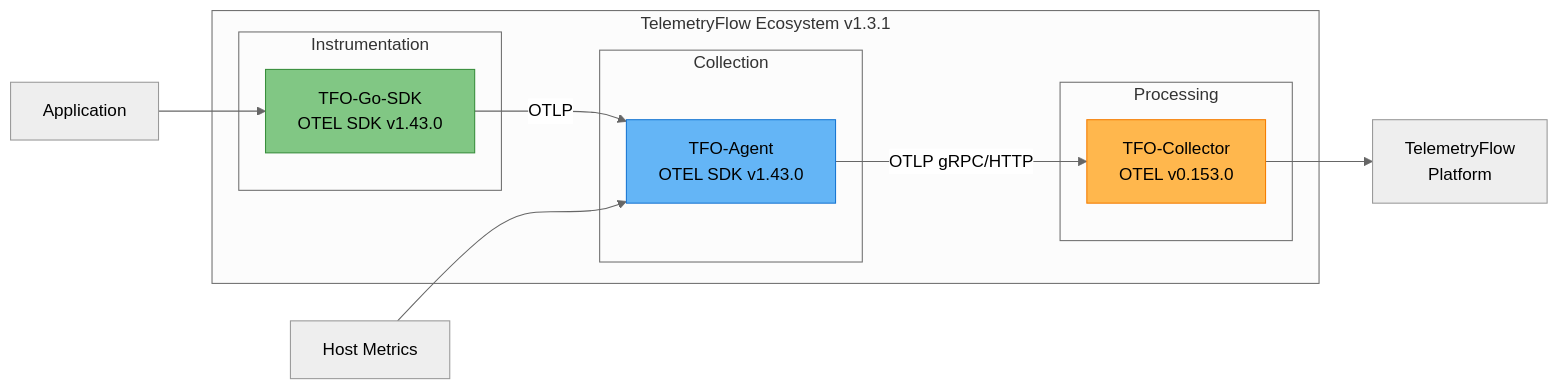
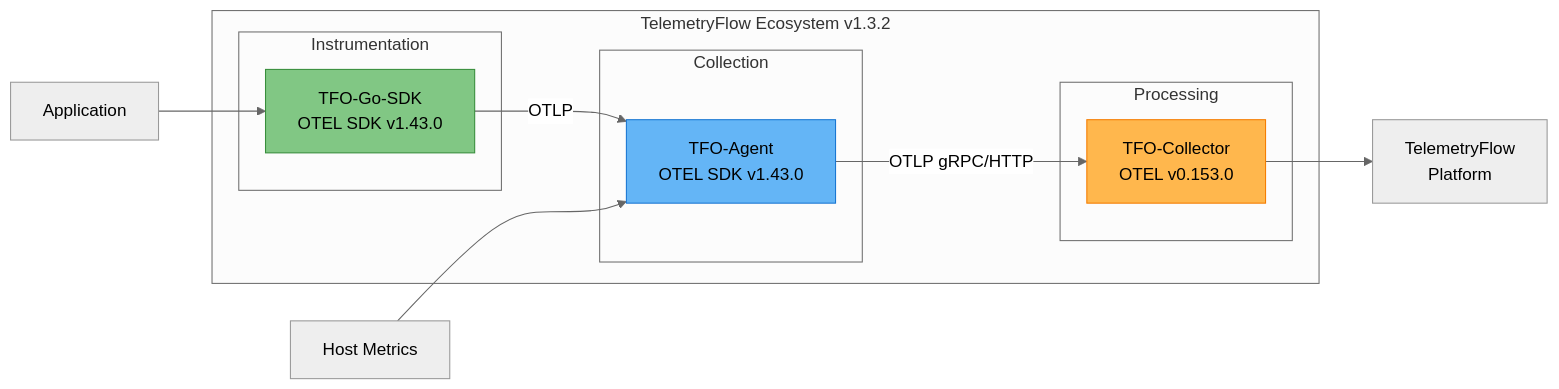
Before and after one commit to telemetryflow/telemetryflow-agent: the first of 3 diagrams in docs/README.md, drawn with Mermaid (neutral theme). The commit also changed 29 other files, not shown here.

````diff
--- a/docs/README.md
+++ b/docs/README.md
@@ -29,26 +29,26 @@
 ```mermaid
 graph LR
-    subgraph "TelemetryFlow Ecosystem v1.3.1"
+    subgraph "TelemetryFlow Ecosystem v1.3.2"
         subgraph "Instrumentation"
             SDK[TFO-Go-SDK<br/>OTEL SDK v1.43.0]
         end
 
         subgraph "Collection"
             AGENT[TFO-Agent<br/>OTEL SDK v1.43.0]
         end
 
         subgraph "Processing"
             COLLECTOR[TFO-Collector<br/>OTEL v0.153.0]
         end
     end
 
     APP[Application] --> SDK
     SDK -->|OTLP| AGENT
     HOST[Host Metrics] --> AGENT
     AGENT -->|OTLP gRPC/HTTP| COLLECTOR
     COLLECTOR --> BACKEND[TelemetryFlow<br/>Platform]
 
     style SDK fill:#81C784,stroke:#388E3C
     style AGENT fill:#64B5F6,stroke:#1976D2
     style COLLECTOR fill:#FFB74D,stroke:#F57C00
 ```
````
